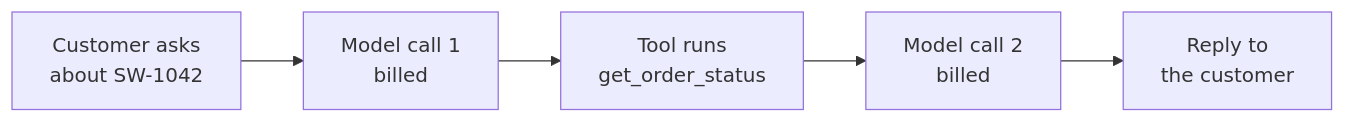
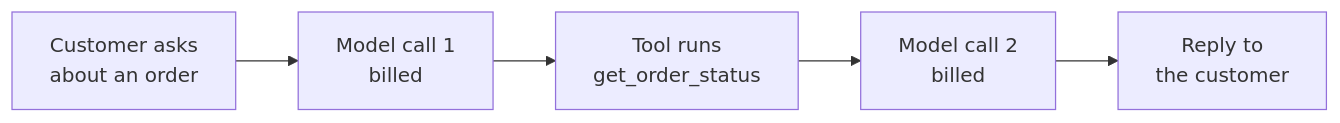
One commit to fde-academy-lab/c2-content-factory changed the sixth of 6 diagrams in content/W01/SAT/paper/C2_W01_SAT_recap_paper_STUDENT.md. Above: the diagram before and after it, drawn with Mermaid. The commit also changed other lines of this file and 7 other files, not shown here.

````diff
--- a/content/W01/SAT/paper/C2_W01_SAT_recap_paper_STUDENT.md
+++ b/content/W01/SAT/paper/C2_W01_SAT_recap_paper_STUDENT.md
@@ -520,7 +577,7 @@
 ```mermaid
 flowchart LR
-  C["Customer asks<br/>about SW-1042"] --> M1["Model call 1<br/>billed"]
+  C["Customer asks<br/>about an order"] --> M1["Model call 1<br/>billed"]
   M1 --> T["Tool runs<br/>get_order_status"]
   T --> M2["Model call 2<br/>billed"]
   M2 --> R["Reply to<br/>the customer"]
 ```
````
